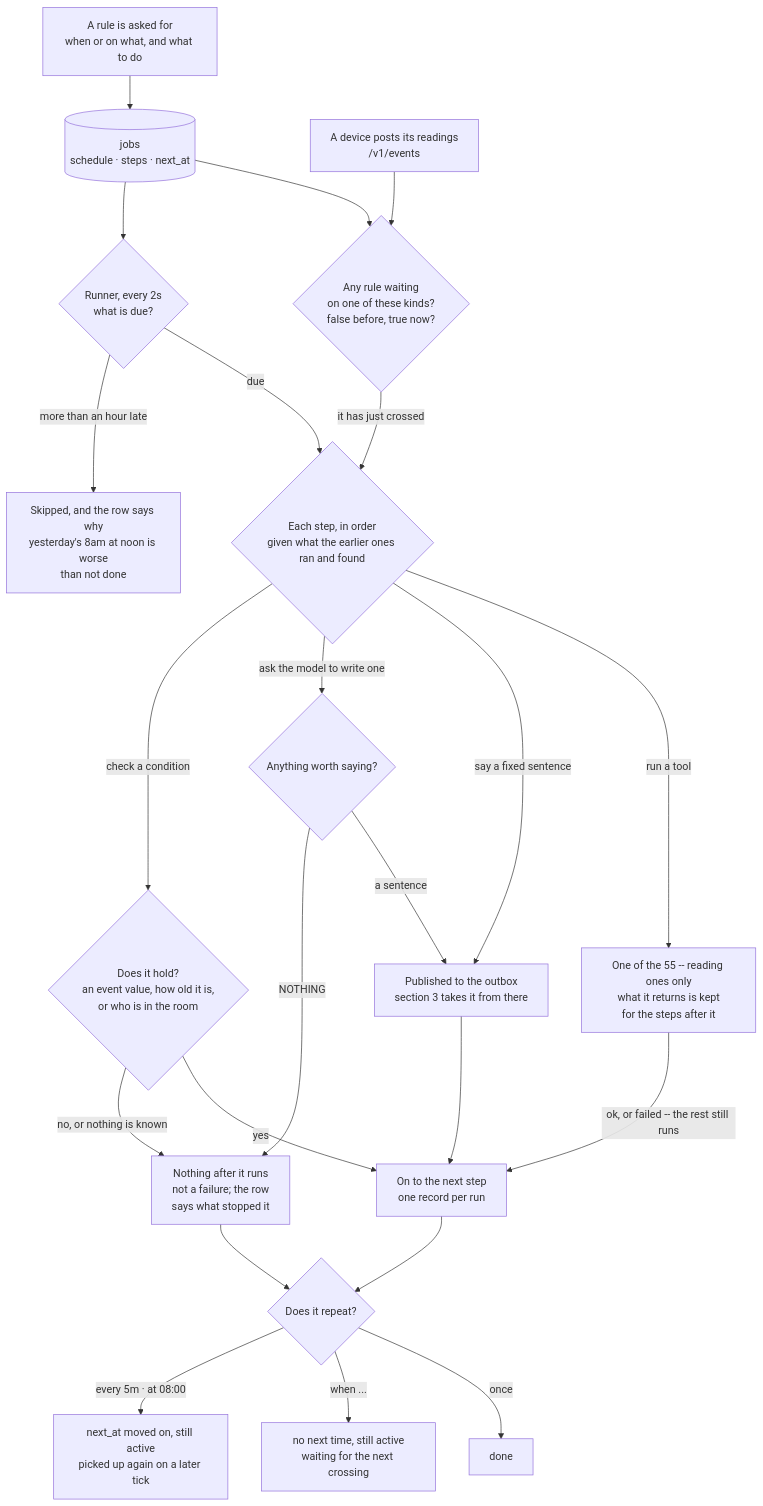
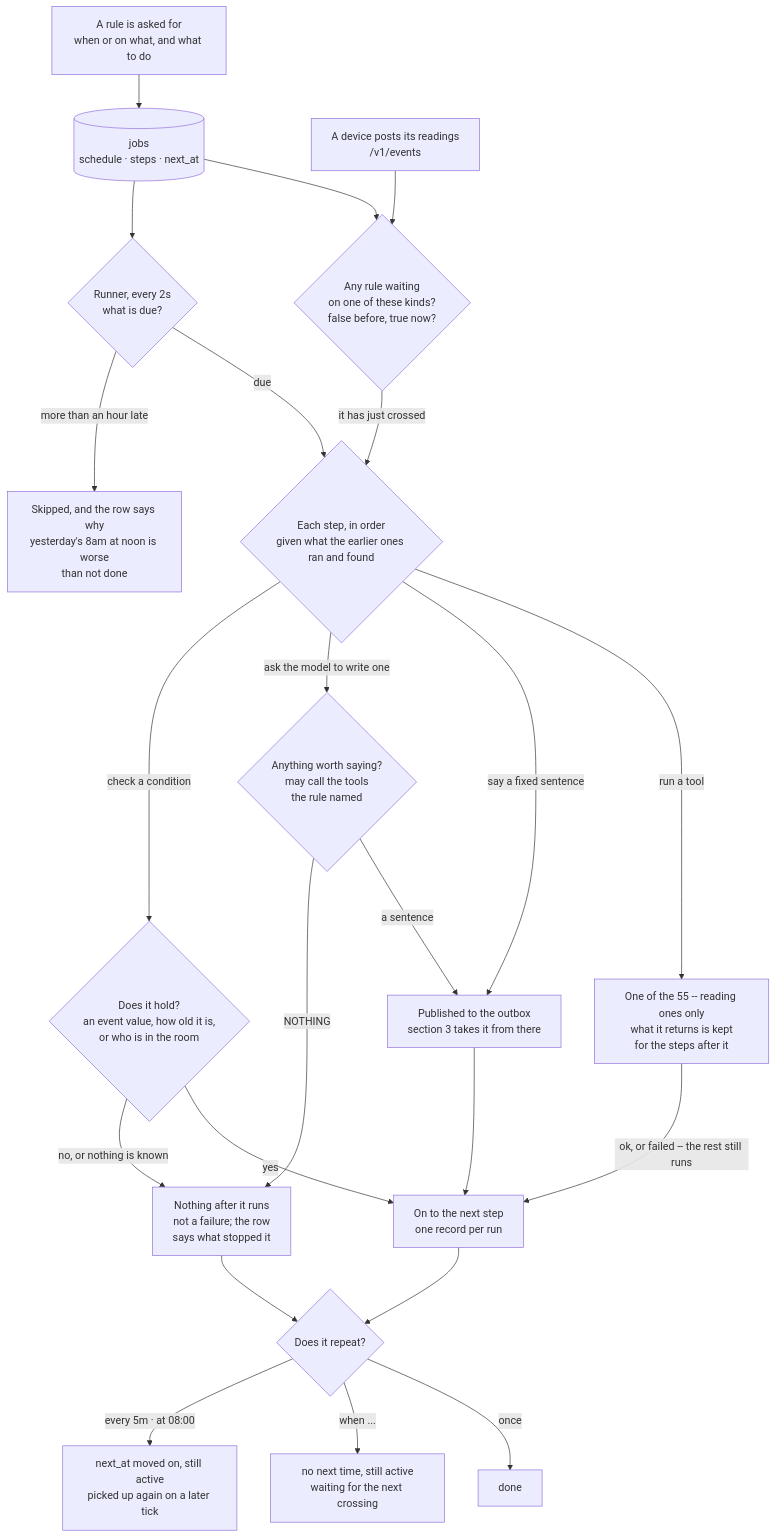
The fifth of 5 diagrams in FEATURES.md (DhanushRamesh/personal-assistant), drawn with Mermaid before and after one commit. The commit also changed other lines of this file and 5 other files, not shown here.

````diff
--- a/FEATURES.md
+++ b/FEATURES.md
@@ -274,33 +274,33 @@
 ```mermaid
 flowchart TB
     ASK["A rule is asked for<br/>when or on what, and what to do"] --> ROW[("jobs<br/>schedule · steps · next_at")]
 
     ROW --> TICK{"Runner, every 2s<br/>what is due?"}
     TICK -- "more than an hour late" --> SKIP["Skipped, and the row says why<br/>yesterday's 8am at noon is worse<br/>than not done"]
     TICK -- "due" --> WHAT
 
     READ["A device posts its readings<br/>/v1/events"] --> CROSS{"Any rule waiting<br/>on one of these kinds?<br/>false before, true now?"}
     ROW --> CROSS
     CROSS -- "it has just crossed" --> WHAT
 
     WHAT{"Each step, in order<br/>given what the earlier ones ran and found"}
     WHAT -- "check a condition" --> GATE{"Does it hold?<br/>an event value, how old it is,<br/>or who is in the room"}
-    WHAT -- "ask the model to write one" --> MODEL{"Anything worth saying?"}
+    WHAT -- "ask the model to write one" --> MODEL{"Anything worth saying?<br/>may call the tools<br/>the rule named"}
     WHAT -- "say a fixed sentence" --> OUT["Published to the outbox<br/>section 3 takes it from there"]
     WHAT -- "run a tool" --> TOOL["One of the 55 -- reading ones only<br/>what it returns is kept<br/>for the steps after it"]
 
     GATE -- "no, or nothing is known" --> STOP["Nothing after it runs<br/>not a failure; the row<br/>says what stopped it"]
     MODEL -- "NOTHING" --> STOP
     MODEL -- "a sentence" --> OUT
     GATE -- "yes" --> ON
     OUT --> ON
     TOOL -- "ok, or failed -- the rest still runs" --> ON
 
     ON["On to the next step<br/>one record per run"] --> END
     STOP --> END
 
     END{"Does it repeat?"}
     END -- "every 5m · at 08:00" --> AGAIN["next_at moved on, still active<br/>picked up again on a later tick"]
     END -- "when ..." --> WAITS["no next time, still active<br/>waiting for the next crossing"]
     END -- "once" --> DONE["done"]
 ```
````
